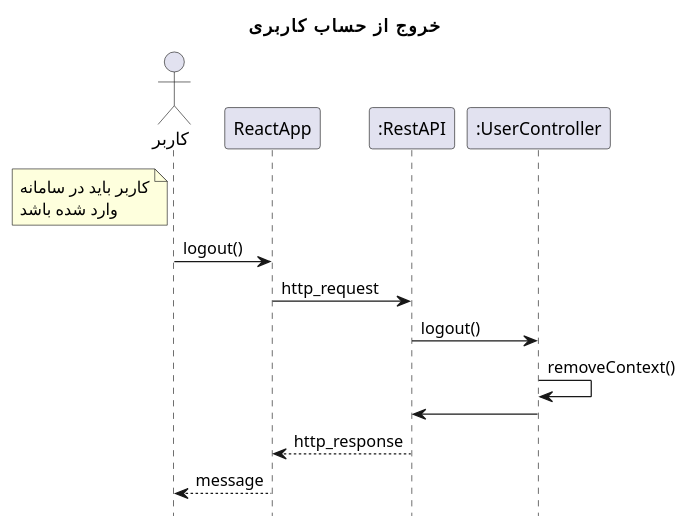
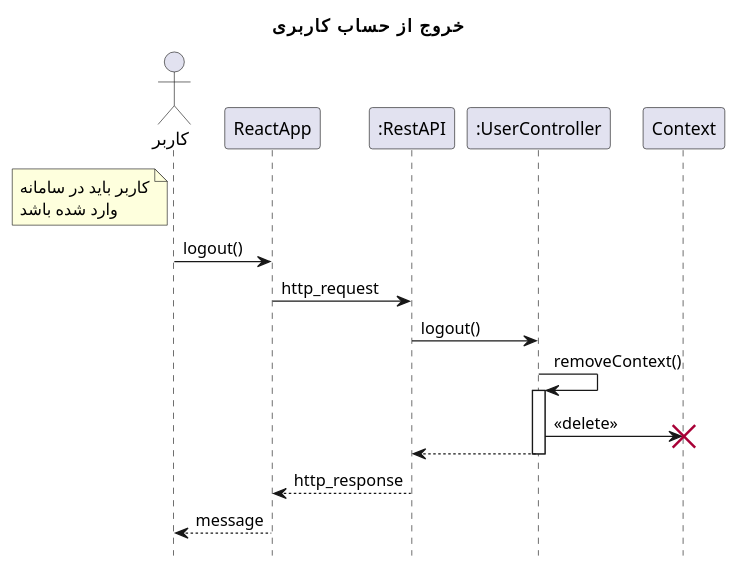
The diagram in design sequence diagams/logout.plantuml (Khedmatkar-OOD-spring-2022/Model-and-Documents), drawn with PlantUML before and after one commit. The commit also changed 20 other files, not shown here.

```diff
--- a/design sequence diagams/logout.plantuml
+++ b/design sequence diagams/logout.plantuml
@@ -1,20 +1,21 @@
 @startuml logout
 hide footbox
 title "خروج از حساب کاربری"
 actor       "کاربر" as user
 participant ReactApp
 participant ":RestAPI" as RestAPI
 participant ":UserController" as UserController
 note left of user
     کاربر باید در سامانه
     وارد شده باشد
 end note
 
 user -> ReactApp: logout()
 ReactApp -> RestAPI : http_request
 RestAPI -> UserController: logout()
-UserController -> UserController: removeContext()
-UserController -> RestAPI
+UserController -> UserController ++: removeContext()
+UserController -> Context !!: <<delete>>
+UserController --> RestAPI --
 RestAPI --> ReactApp: http_response
 ReactApp --> user: message
 @enduml
```
